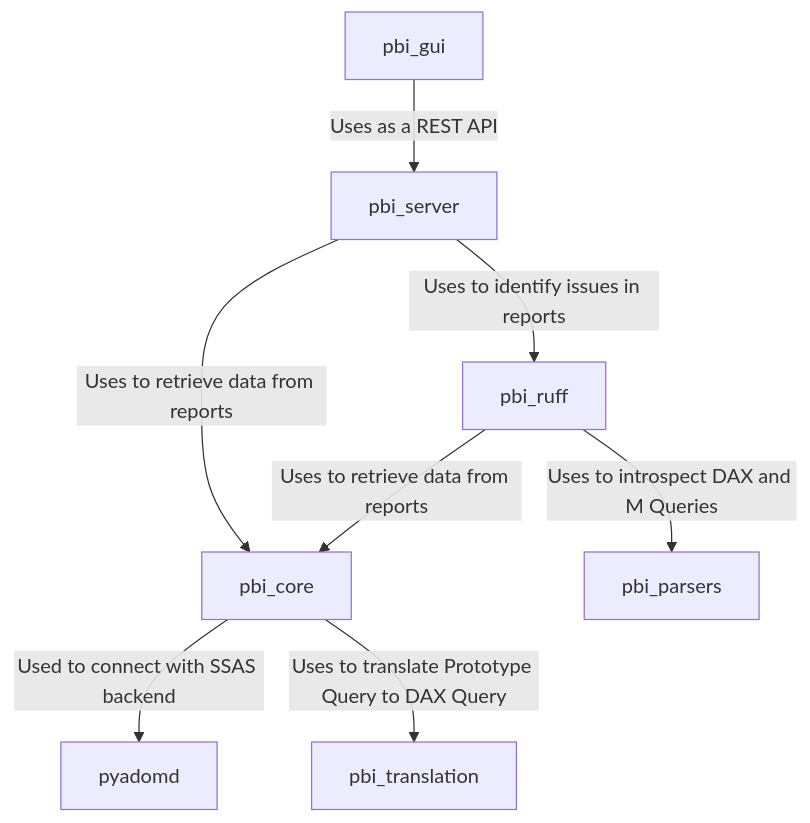
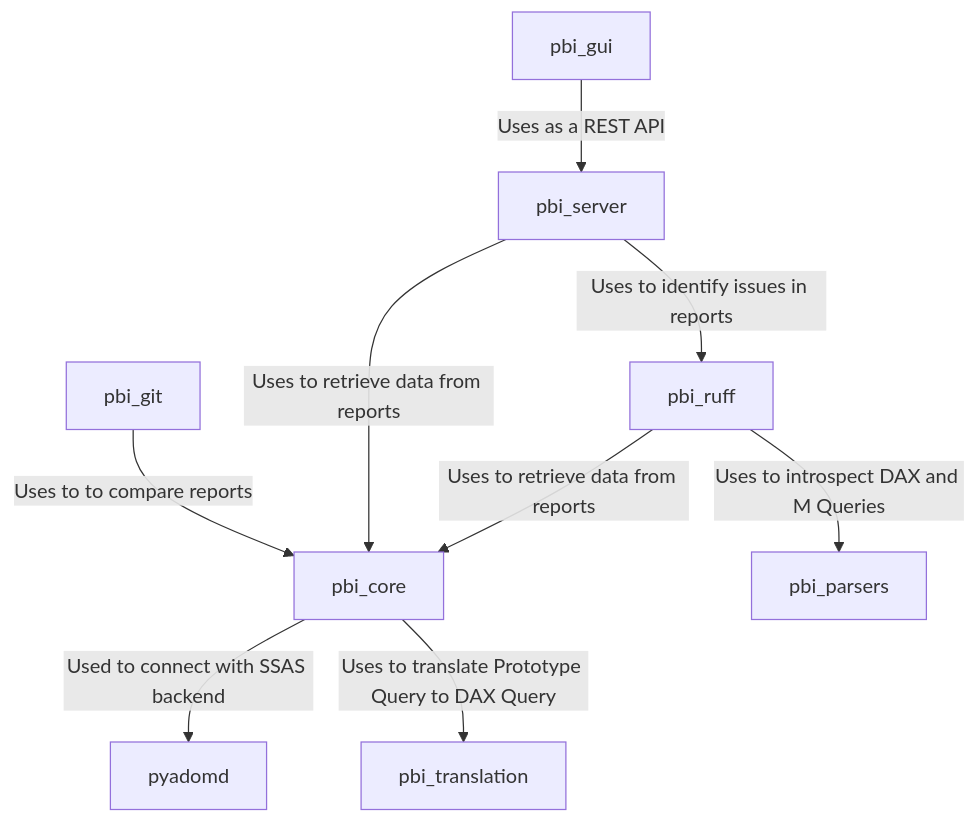
One commit to douglassimonsen/pbi_core changed the first of 2 diagrams in docs/docs/general/ecosystem.md. Above: the diagram before and after it, drawn with Mermaid.

Commit message:
Added package to ecosystem

````diff
--- a/docs/docs/general/ecosystem.md
+++ b/docs/docs/general/ecosystem.md
@@ -20,18 +20,20 @@
 ```mermaid
 flowchart TD
     pbi_server
     pbi_gui
     pbi_core
     pbi_ruff
     pyadomd
     pbi_translation
     pbi_parsers
+    pbi_git
 
+    pbi_git -- Uses to to compare reports --> pbi_core
     pbi_gui -- Uses as a REST API --> pbi_server
     pbi_server -- Uses to retrieve data from reports --> pbi_core
     pbi_server -- Uses to identify issues in reports --> pbi_ruff
     pbi_ruff -- Uses to retrieve data from reports --> pbi_core
     pbi_core -- Used to connect with SSAS backend --> pyadomd
     pbi_core -- Uses to translate Prototype Query to DAX Query --> pbi_translation
     pbi_ruff -- Uses to introspect DAX and M Queries --> pbi_parsers
 ```
````
